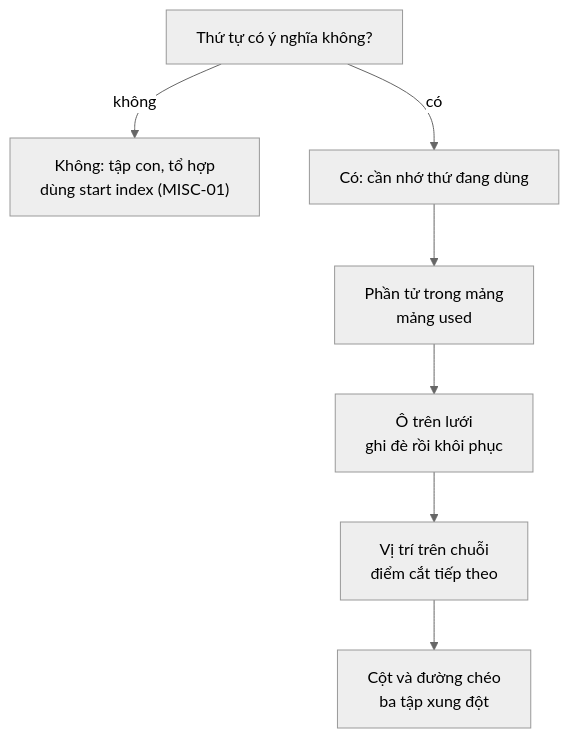
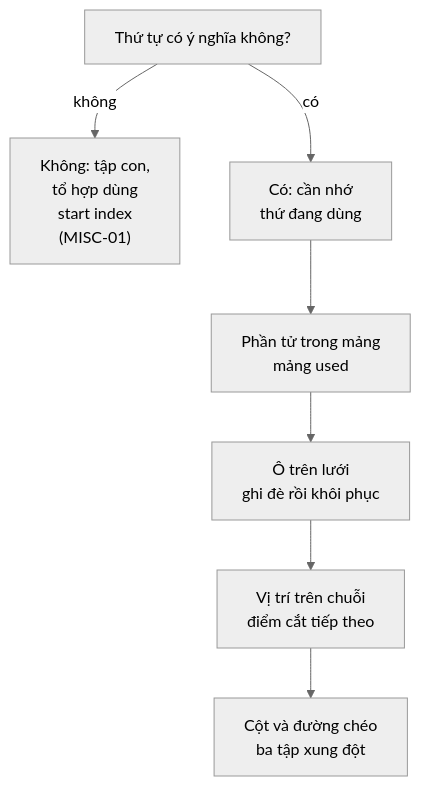
One commit to duongbui234/software-engineering-atlas changed the first of 2 diagrams in content/posts/2026-11-28-neetcode-permutations-search.md. Above: the diagram before and after it, drawn with Mermaid (neutral theme). The commit also changed 134 other files, not shown here.

First line of the commit message:
Fit every Mermaid diagram at 390px without sideways scroll (#56)

````diff
--- a/content/posts/2026-11-28-neetcode-permutations-search.md
+++ b/content/posts/2026-11-28-neetcode-permutations-search.md
@@ -56,13 +56,13 @@
 ```mermaid
 flowchart TB
   A["Thứ tự có ý nghĩa không?"]
-  B["Không: tập con, tổ hợp<br/>dùng start index (MISC-01)"]
-  C["Có: cần nhớ thứ đang dùng"]
+  B["Không: tập con,<br/>tổ hợp dùng<br/>start index<br/>(MISC-01)"]
+  C["Có: cần nhớ<br/>thứ đang dùng"]
   D["Phần tử trong mảng<br/>mảng used"]
   E["Ô trên lưới<br/>ghi đè rồi khôi phục"]
   F["Vị trí trên chuỗi<br/>điểm cắt tiếp theo"]
   G["Cột và đường chéo<br/>ba tập xung đột"]
   A -- "không" --> B
   A -- "có" --> C
   C --> D --> E --> F --> G
 ```
````
